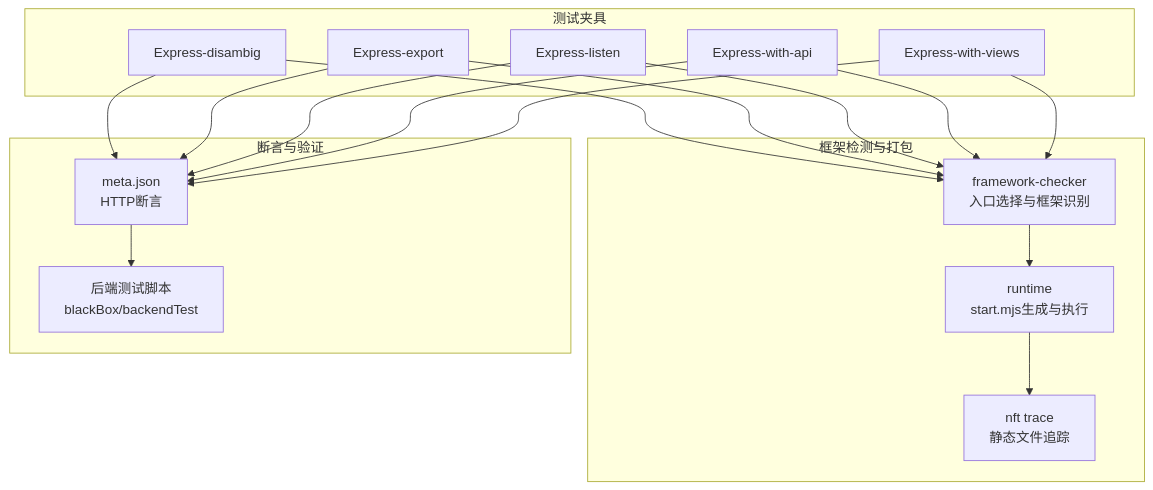
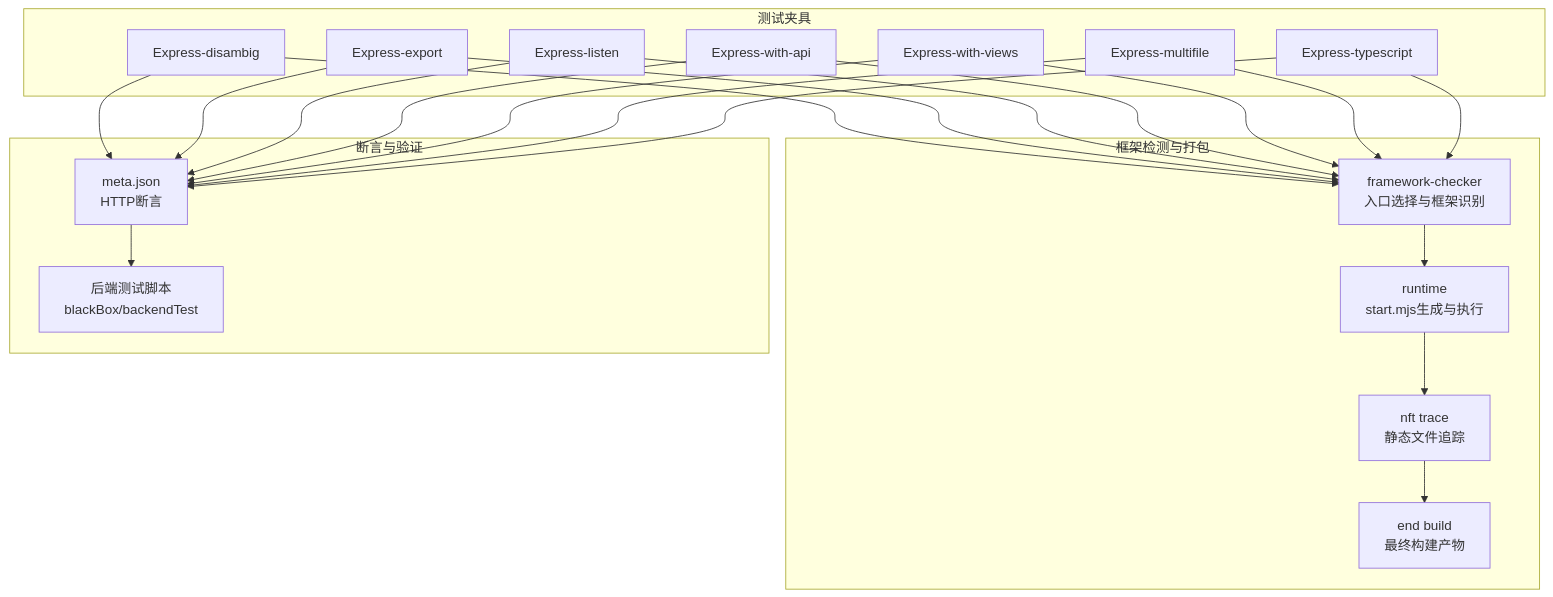
The second of 10 diagrams in .qoder/repowiki/zh/content/后端框架测试/Express框架测试.md (esa-sp/test-for-aone-ci), drawn with Mermaid before and after one commit. The commit also changed other lines of this file and 119 other files, not shown here.

````diff
--- a/.qoder/repowiki/zh/content/后端框架测试/Express框架测试.md
+++ b/.qoder/repowiki/zh/content/后端框架测试/Express框架测试.md
@@ -103,32 +123,40 @@
 ```mermaid
 graph TB
 subgraph "框架检测与打包"
 FC["framework-checker<br/>入口选择与框架识别"]
 RTM["runtime<br/>start.mjs生成与执行"]
 NFT["nft trace<br/>静态文件追踪"]
+END["end build<br/>最终构建产物"]
 end
 subgraph "测试夹具"
 F1["Express-disambig"]
 F2["Express-export"]
 F3["Express-listen"]
 F4["Express-with-api"]
 F5["Express-with-views"]
+F6["Express-multifile"]
+F7["Express-typescript"]
 end
 subgraph "断言与验证"
 META["meta.json<br/>HTTP断言"]
 BT["后端测试脚本<br/>blackBox/backendTest"]
 end
 F1 --> FC
 F2 --> FC
 F3 --> FC
 F4 --> FC
 F5 --> FC
+F6 --> FC
+F7 --> FC
 FC --> RTM
 RTM --> NFT
+NFT --> END
 F1 --> META
 F2 --> META
 F3 --> META
 F4 --> META
 F5 --> META
+F6 --> META
+F7 --> META
 META --> BT
 ```
````
